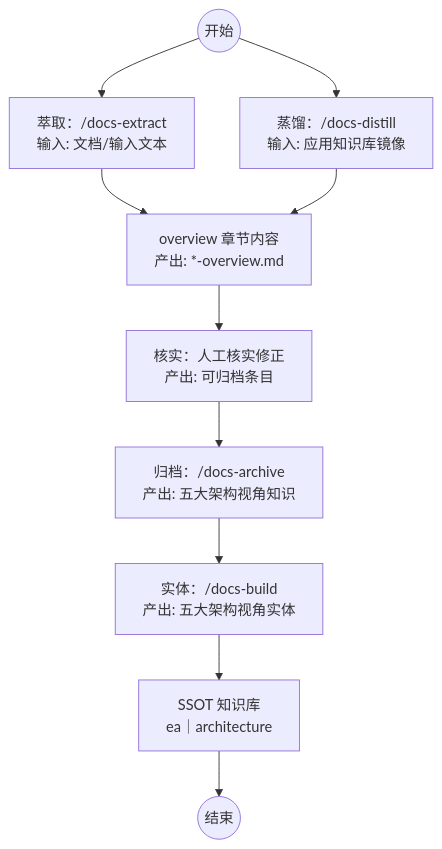
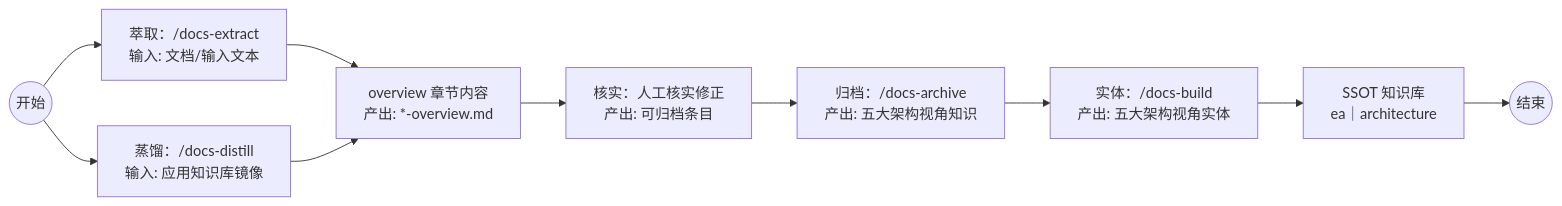
One commit to oleewen/ai-knowledge changed the fifth of 11 diagrams in docs/sharing/Harness工程实践：SSOT知识库+Skills链让AI交付可控.md. Above: the diagram before and after it, drawn with Mermaid. The commit also changed other lines of this file and 4 other files, not shown here.

````diff
--- a/docs/sharing/Harness工程实践：SSOT知识库+Skills链让AI交付可控.md
+++ b/docs/sharing/Harness工程实践：SSOT知识库+Skills链让AI交付可控.md
@@ -287,19 +287,19 @@
 ```mermaid
-flowchart
+flowchart LR
     S((开始))
     Z((结束))
 
     X["萃取：/docs-extract<br/>输入: 文档/输入文本"]
     Y["蒸馏：/docs-distill<br/>输入: 应用知识库镜像"]
     A["overview 章节内容<br/>产出: *-overview.md"]
     B["核实：人工核实修正<br/>产出: 可归档条目"]
     C["归档：/docs-archive<br/>产出: 五大架构视角知识"]
     D["实体：/docs-build<br/>产出: 五大架构视角实体"]
     E["SSOT 知识库<br/>ea｜architecture"]
 
     S --> X
     S --> Y
     X --> A
     Y --> A
     A --> B --> C --> D --> E --> Z
 ```
````
